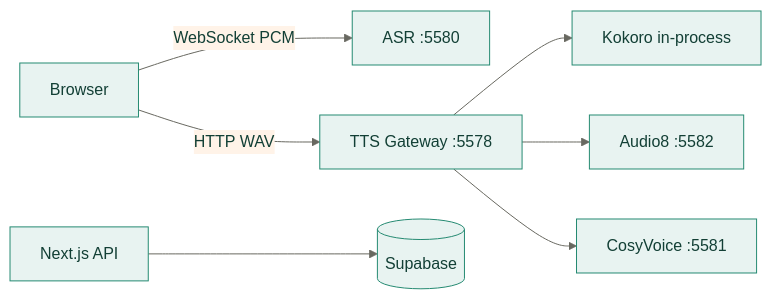
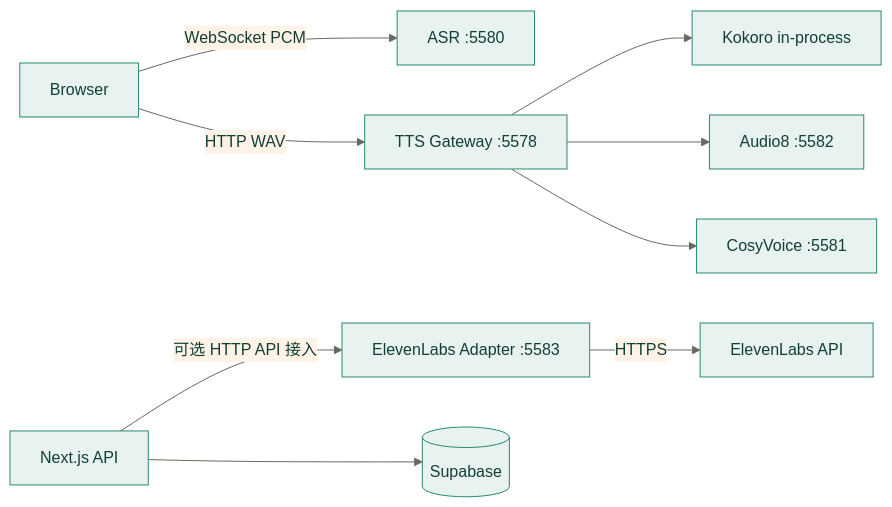
The diagram in backend/README.md (chaos-design/moss), drawn with Mermaid before and after one commit. The commit also changed other lines of this file and 24 other files, not shown here.

Commit message:
feat(backend): add optional ElevenLabs speech adapter

````diff
--- a/backend/README.md
+++ b/backend/README.md
@@ -10,10 +10,12 @@
 ```mermaid
 %%{init: {"theme":"base","themeVariables":{"primaryColor":"#E8F3F1","primaryTextColor":"#123F35","primaryBorderColor":"#258A72","lineColor":"#686860","secondaryColor":"#FFF3E8","tertiaryColor":"#EEF2FF"}}}%%
 flowchart LR
     Browser -->|WebSocket PCM| ASR[ASR :5580]
     Browser -->|HTTP WAV| Gateway[TTS Gateway :5578]
     Gateway --> Kokoro[Kokoro in-process]
     Gateway --> Audio8[Audio8 :5582]
     Gateway --> CosyVoice[CosyVoice :5581]
+    Next[Next.js API] -->|可选 HTTP API 接入| ElevenLabs[ElevenLabs Adapter :5583]
+    ElevenLabs -->|HTTPS| ElevenLabsApi[ElevenLabs API]
     Next[Next.js API] --> Supabase[(Supabase)]
 ```
````
